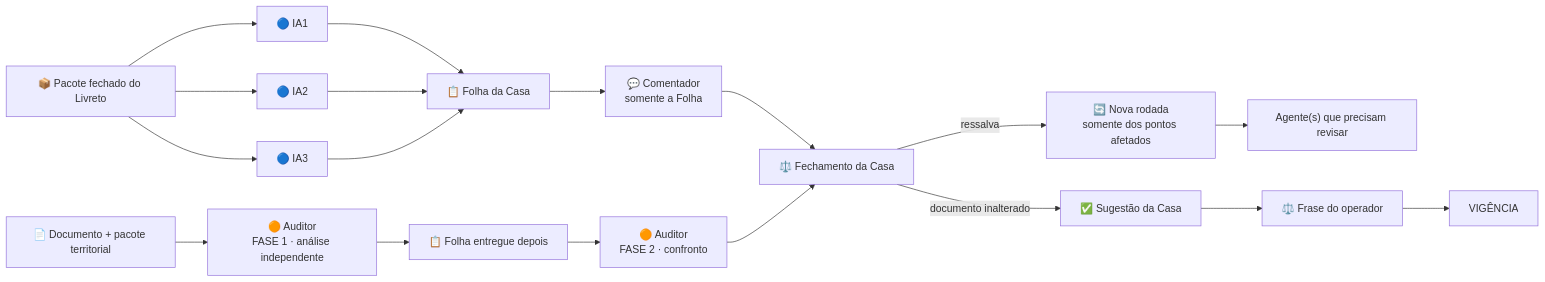
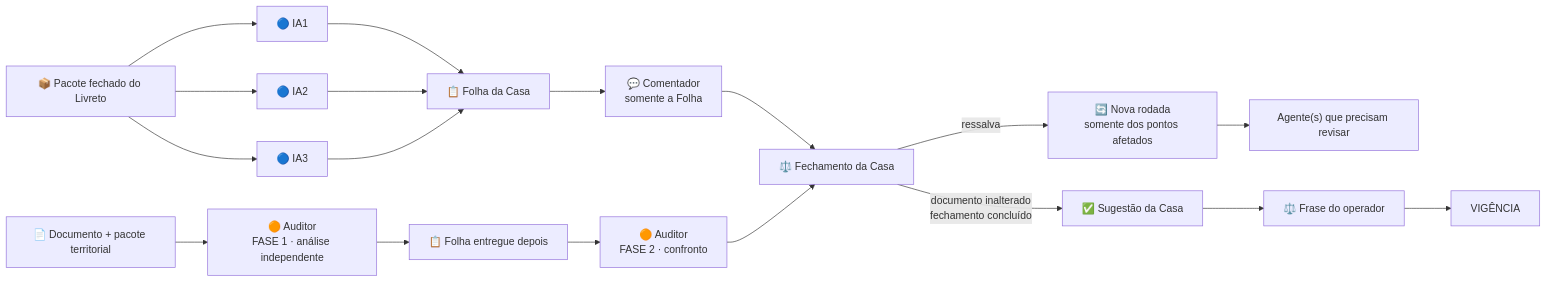
Before and after one commit to alexandresgda2013-crypto/plataforma-saude-clinica: the diagram in ENTREGAS/2026-09-30_CRIVO_LIVRETOS/FLUXO_CRIVO_DOCUMENTAL_2026-09-30.md, drawn with Mermaid. The commit also changed other lines of this file, not shown here.

````diff
--- a/ENTREGAS/2026-09-30_CRIVO_LIVRETOS/FLUXO_CRIVO_DOCUMENTAL_2026-09-30.md
+++ b/ENTREGAS/2026-09-30_CRIVO_LIVRETOS/FLUXO_CRIVO_DOCUMENTAL_2026-09-30.md
@@ -41,26 +41,26 @@
 ```mermaid
 flowchart LR
     A["📦 Pacote fechado do Livreto"] --> B["🔵 IA1"]
     A --> C["🔵 IA2"]
     A --> D["🔵 IA3"]
 
     B --> E["📋 Folha da Casa"]
     C --> E
     D --> E
 
     E --> F["💬 Comentador<br/>somente a Folha"]
 
     G["📄 Documento + pacote territorial"] --> H["🟠 Auditor<br/>FASE 1 · análise independente"]
     H --> I["📋 Folha entregue depois"]
     I --> J["🟠 Auditor<br/>FASE 2 · confronto"]
 
     F --> K["⚖️ Fechamento da Casa"]
     J --> K
 
     K -->|"ressalva"| L["🔄 Nova rodada<br/>somente dos pontos afetados"]
     L --> M["Agente(s) que precisam revisar"]
 
-    K -->|"documento inalterado"| N["✅ Sugestão da Casa"]
+    K -->|"documento inalterado<br/>fechamento concluído"| N["✅ Sugestão da Casa"]
     N --> O["⚖️ Frase do operador"]
     O --> P["VIGÊNCIA"]
 ```
````
